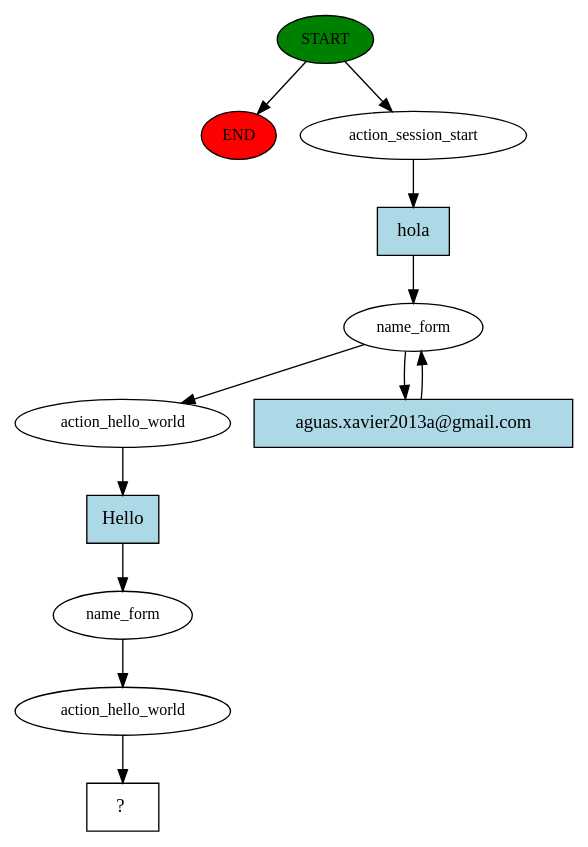
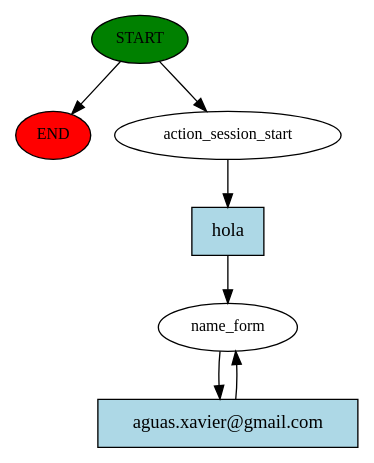
Before and after one commit to kabirivan/Ecommerce-Assistant-Jasmine: the diagram in story_graph.dot, drawn with Graphviz. The commit also changed 2 other files, not shown here.

```diff
--- a/story_graph.dot
+++ b/story_graph.dot
@@ -1,24 +1,14 @@
 digraph  {
 0 [class="start active", fillcolor=green, fontsize=12, label=START, style=filled];
 "-1" [class=end, fillcolor=red, fontsize=12, label=END, style=filled];
 1 [class=active, fontsize=12, label=action_session_start];
-2 [class=active, fontsize=12, label=name_form];
-5 [class=active, fontsize=12, label=action_hello_world];
-6 [class=active, fontsize=12, label=name_form];
-7 [class=active, fontsize=12, label=action_hello_world];
-8 [class="intent dashed active", label="  ?  ", shape=rect];
-9 [class="intent active", fillcolor=lightblue, label=hola, shape=rect, style=filled];
-10 [class="intent active", fillcolor=lightblue, label="aguas.xavier2013a@gmail.com", shape=rect, style=filled];
-11 [class="intent active", fillcolor=lightblue, label=Hello, shape=rect, style=filled];
+2 [class="active dashed", fontsize=12, label=name_form];
+5 [class="intent active", fillcolor=lightblue, label=hola, shape=rect, style=filled];
+6 [class="intent active", fillcolor=lightblue, label="aguas.xavier@gmail.com", shape=rect, style=filled];
 0 -> "-1"  [class="", key=NONE, label=""];
 0 -> 1  [class=active, key=NONE, label=""];
-1 -> 9  [class=active, key=0];
-2 -> 5  [class=active, key=NONE, label=""];
-2 -> 10  [class=active, key=0];
-5 -> 11  [class=active, key=0];
-6 -> 7  [class=active, key=NONE, label=""];
-7 -> 8  [class=active, key=NONE, label=""];
-9 -> 2  [class=active, key=0];
-10 -> 2  [class=active, key=0];
-11 -> 6  [class=active, key=0];
+1 -> 5  [class=active, key=0];
+2 -> 6  [class=active, key=0];
+5 -> 2  [class=active, key=0];
+6 -> 2  [class=active, key=0];
 }
```
